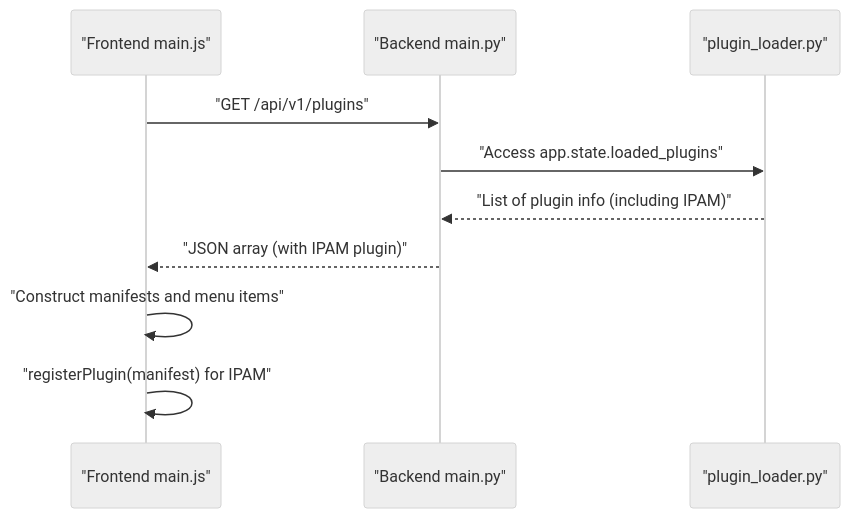
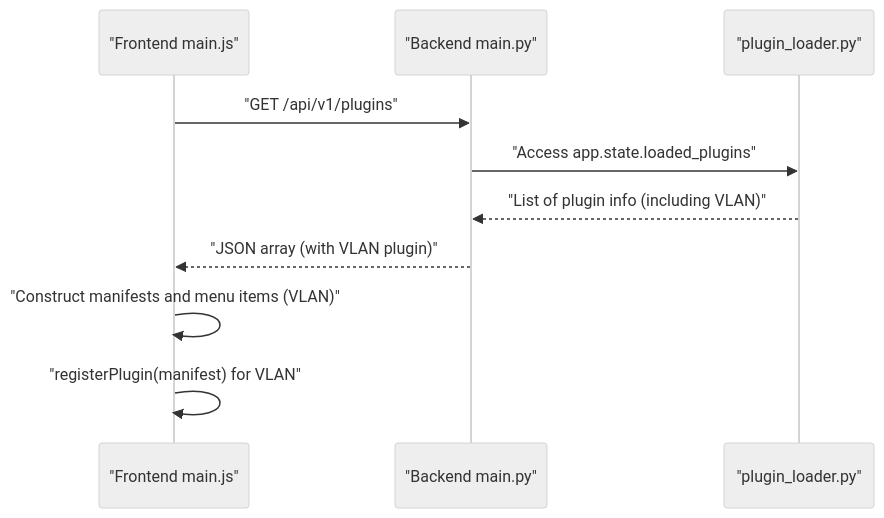
Before and after one commit to Nikita5543/New-SSO-02: the tenth of 11 diagrams in .qoder/repowiki/en/content/Plugin System Architecture/Frontend Plugin Integration.md, drawn with Mermaid (neutral theme). The commit also changed other lines of this file and 4 other files, not shown here.

````diff
--- a/.qoder/repowiki/en/content/Plugin System Architecture/Frontend Plugin Integration.md
+++ b/.qoder/repowiki/en/content/Plugin System Architecture/Frontend Plugin Integration.md
@@ -366,12 +419,12 @@
 ```mermaid
 sequenceDiagram
 participant FE as "Frontend main.js"
 participant BE as "Backend main.py"
 participant PL as "plugin_loader.py"
 FE->>BE : "GET /api/v1/plugins"
 BE->>PL : "Access app.state.loaded_plugins"
-PL-->>BE : "List of plugin info (including IPAM)"
-BE-->>FE : "JSON array (with IPAM plugin)"
-FE->>FE : "Construct manifests and menu items"
-FE->>FE : "registerPlugin(manifest) for IPAM"
+PL-->>BE : "List of plugin info (including VLAN)"
+BE-->>FE : "JSON array (with VLAN plugin)"
+FE->>FE : "Construct manifests and menu items (VLAN)"
+FE->>FE : "registerPlugin(manifest) for VLAN"
 ```
````
